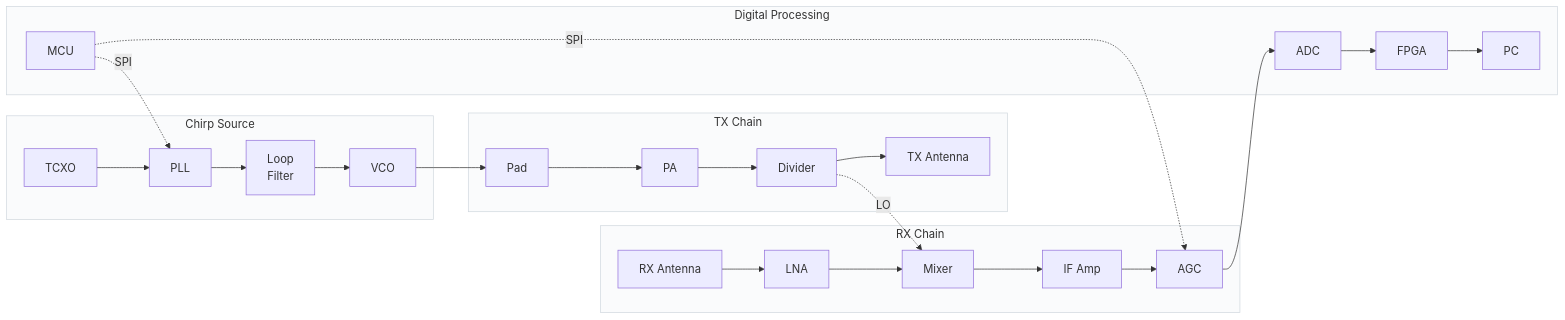
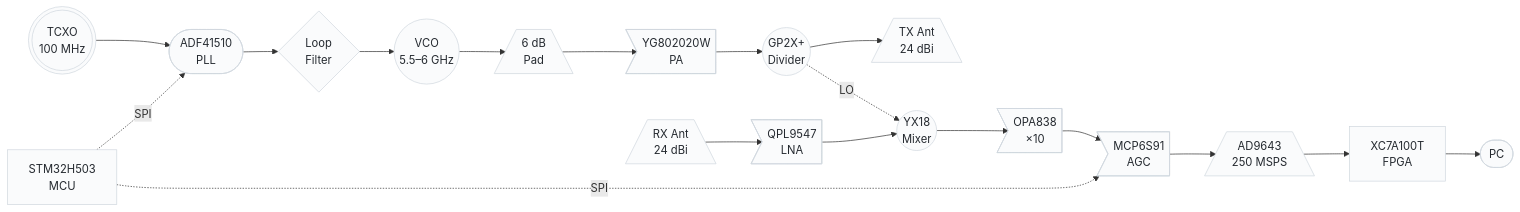
Before and after one commit to oliskcz/Lyrion-Radar: the first of 4 diagrams in README.md, drawn with Mermaid. The commit also changed other lines of this file and 1 other file, not shown here.

Commit message:
System Overview: use RF block diagram shapes (trapezoid antenna, flag amp, circle mixer, stadium PLL, diamond filter, parallelogram ADC). Signal Chain: split into TX / RX / Complete paths with shape-consistent diagrams. Complete path shows target/drone explicitly

````diff
--- a/README.md
+++ b/README.md
@@ -73,28 +73,50 @@
 ```mermaid
 flowchart LR
-    subgraph CHIRP["Chirp Source"]
-        TCXO[TCXO] --> PLL[PLL] --> LF[Loop<br/>Filter] --> VCO[VCO]
-    end
+    %% Chirp Source
+    REF((("TCXO<br/>100 MHz")))
+    PLL(["ADF41510<br/>PLL"])
+    LF{"Loop<br/>Filter"}
+    VCO(("VCO<br/>5.5–6 GHz"))
 
-    subgraph TX["TX Chain"]
-        VCO --> PAD[Pad] --> PA[PA] --> DIV[Divider]
-        DIV --> TXA[TX Antenna]
-    end
+    %% TX Chain
+    PAD[/"6 dB<br/>Pad"\]
+    PA>"YG802020W<br/>PA"]
+    DIV(("GP2X+<br/>Divider"))
+    TXANT[/"TX Ant<br/>24 dBi"\]
 
-    subgraph RX["RX Chain"]
-        RXA2[RX Antenna] --> LNA2[LNA] --> MIX[Mixer]
-        DIV -. LO .-> MIX
-        MIX --> IFA[IF Amp] --> AGC2[AGC]
-    end
+    %% RX Chain
+    RXANT[/"RX Ant<br/>24 dBi"\]
+    LNA>"QPL9547<br/>LNA"]
+    MIX(("YX18<br/>Mixer"))
+    IFA>"OPA838<br/>×10"]
+    AGC>"MCP6S91<br/>AGC"]
 
-    subgraph DSP["Digital Processing"]
-        AGC2 --> ADC2[ADC] --> FPGA2[FPGA] --> PC2[PC]
-        MCU2[MCU] -. SPI .-> PLL
-        MCU2 -. SPI .-> AGC2
-    end
+    %% Digital
+    ADC[/"AD9643<br/>250 MSPS"\]
+    FPGA["XC7A100T<br/>FPGA"]
+    MCU["STM32H503<br/>MCU"]
+    PC(["PC"])
 
-    style CHIRP fill:#fafbfc,stroke:#d0d7de
-    style TX fill:#fafbfc,stroke:#d0d7de
-    style RX fill:#fafbfc,stroke:#d0d7de
-    style DSP fill:#fafbfc,stroke:#d0d7de
+    %% Chirp Source flow
+    REF --> PLL --> LF --> VCO
+
+    %% TX flow
+    VCO --> PAD --> PA --> DIV
+    DIV --> TXANT
+    DIV -. LO .-> MIX
+
+    %% RX flow
+    RXANT --> LNA --> MIX
+    MIX --> IFA --> AGC --> ADC --> FPGA --> PC
+
+    %% MCU control
+    MCU -. SPI .-> PLL
+    MCU -. SPI .-> AGC
+
+    %% Subtle styling
+    classDef chirp fill:#fafbfc,stroke:#d0d7de,color:#24292f
+    classDef rf fill:#fafbfc,stroke:#d0d7de,color:#24292f
+    classDef digital fill:#fafbfc,stroke:#d0d7de,color:#24292f
+
+    class REF,PLL,LF,VCO,PAD,PA,DIV,TXANT,RXANT,LNA,MIX,IFA,AGC,ADC,FPGA,MCU,PC chirp
 ```
````
